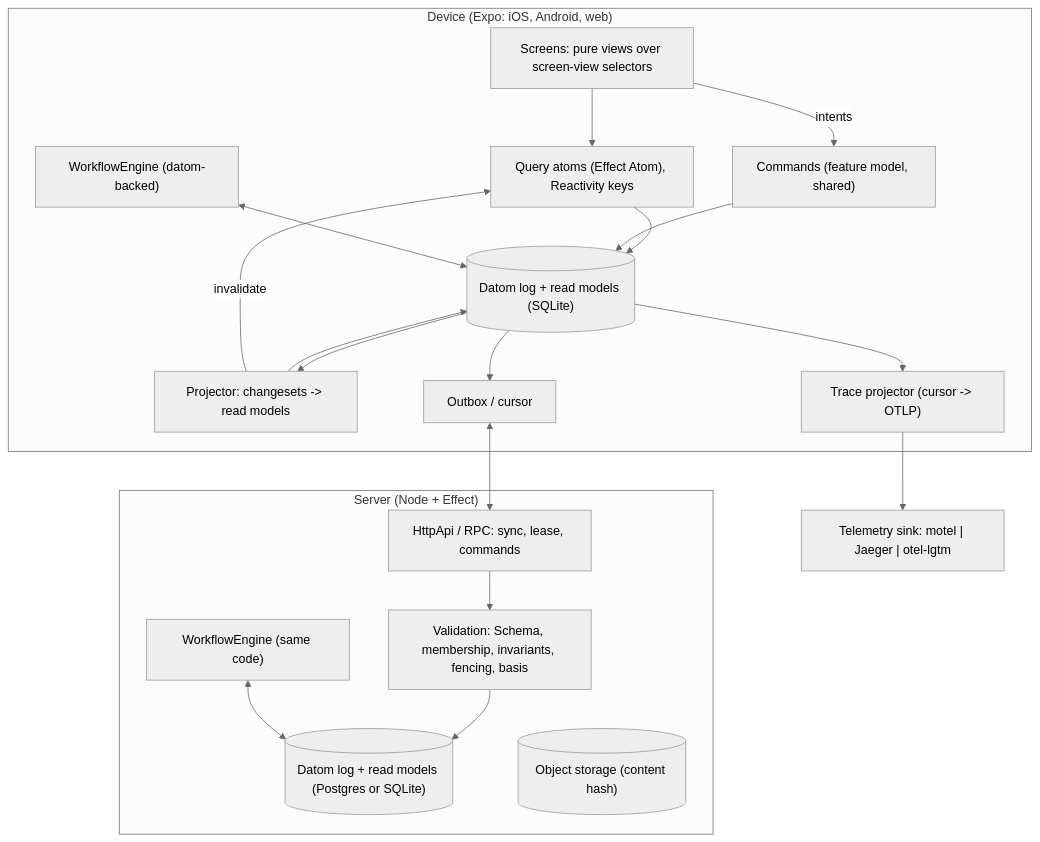
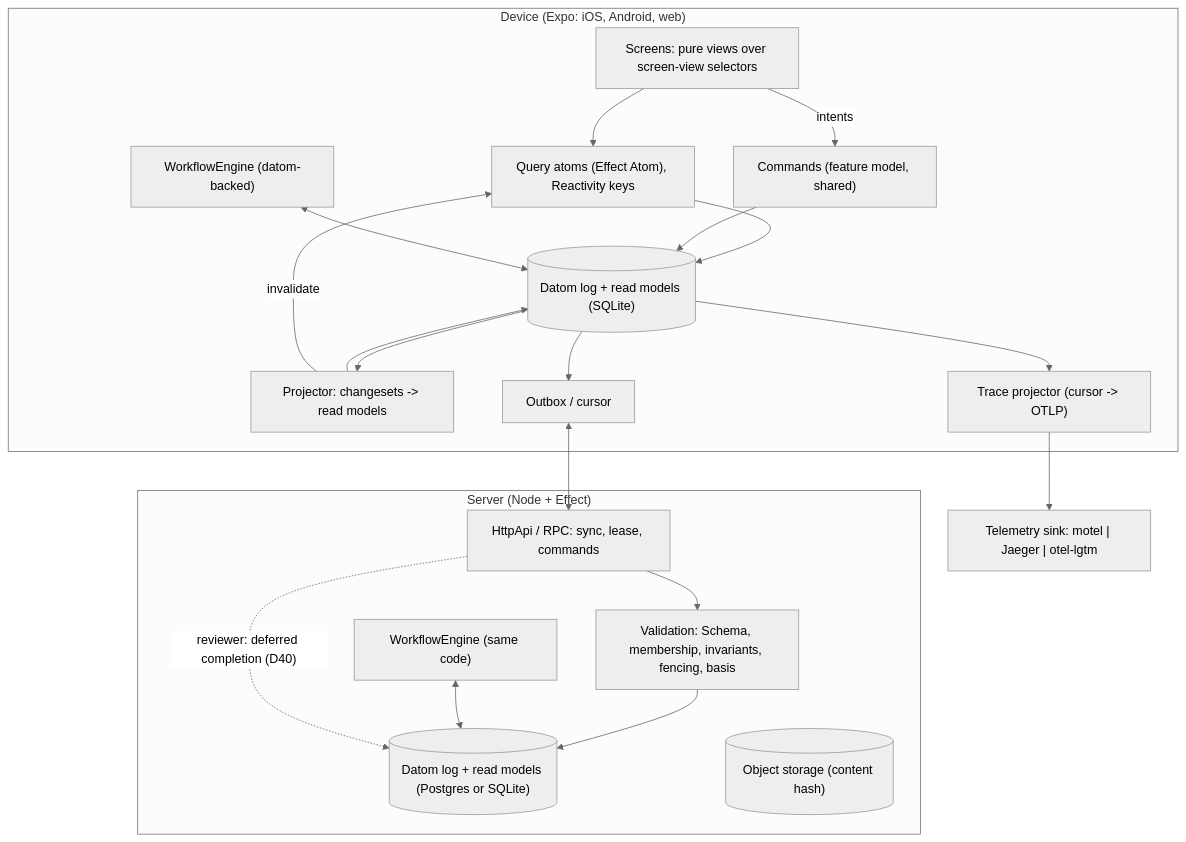
Before and after one commit to pietgk/viviefs: the diagram in docs/plan/bootstrap/03-architecture.md, drawn with Mermaid (neutral theme). The commit also changed other lines of this file and 12 other files, not shown here.

````diff
--- a/docs/plan/bootstrap/03-architecture.md
+++ b/docs/plan/bootstrap/03-architecture.md
@@ -8,29 +8,30 @@
 ```mermaid
 flowchart TD
   subgraph Device["Device (Expo: iOS, Android, web)"]
     UI["Screens: pure views over screen-view selectors"]
     ATOMS["Query atoms (Effect Atom), Reactivity keys"]
     CMD["Commands (feature model, shared)"]
     ENG["WorkflowEngine (datom-backed)"]
     PROJ["Projector: changesets -> read models"]
     LOG[("Datom log + read models (SQLite)")]
     OUT["Outbox / cursor"]
     TRC["Trace projector (cursor -> OTLP)"]
   end
   subgraph Server["Server (Node + Effect)"]
     API["HttpApi / RPC: sync, lease, commands"]
     VAL["Validation: Schema, membership, invariants, fencing, basis"]
     SENG["WorkflowEngine (same code)"]
     SLOG[("Datom log + read models (Postgres or SQLite)")]
     BLOB[("Object storage (content hash)")]
   end
   SINK["Telemetry sink: motel | Jaeger | otel-lgtm"]
   UI --> ATOMS --> LOG
   UI -- intents --> CMD --> LOG
   ENG <--> LOG
   LOG --> PROJ --> LOG
   PROJ -- invalidate --> ATOMS
   LOG --> OUT <--> API --> VAL --> SLOG
   SENG <--> SLOG
   LOG --> TRC --> SINK
+  API -.->|"reviewer: deferred completion (D40)"| SLOG
 ```
````
